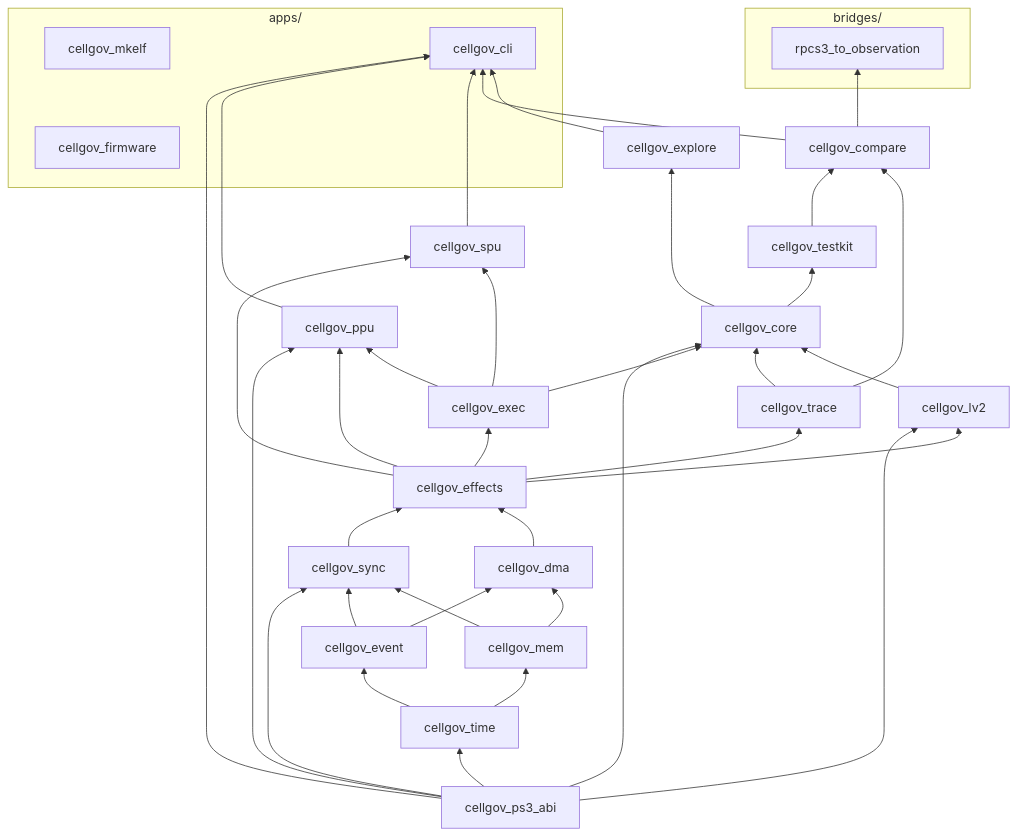
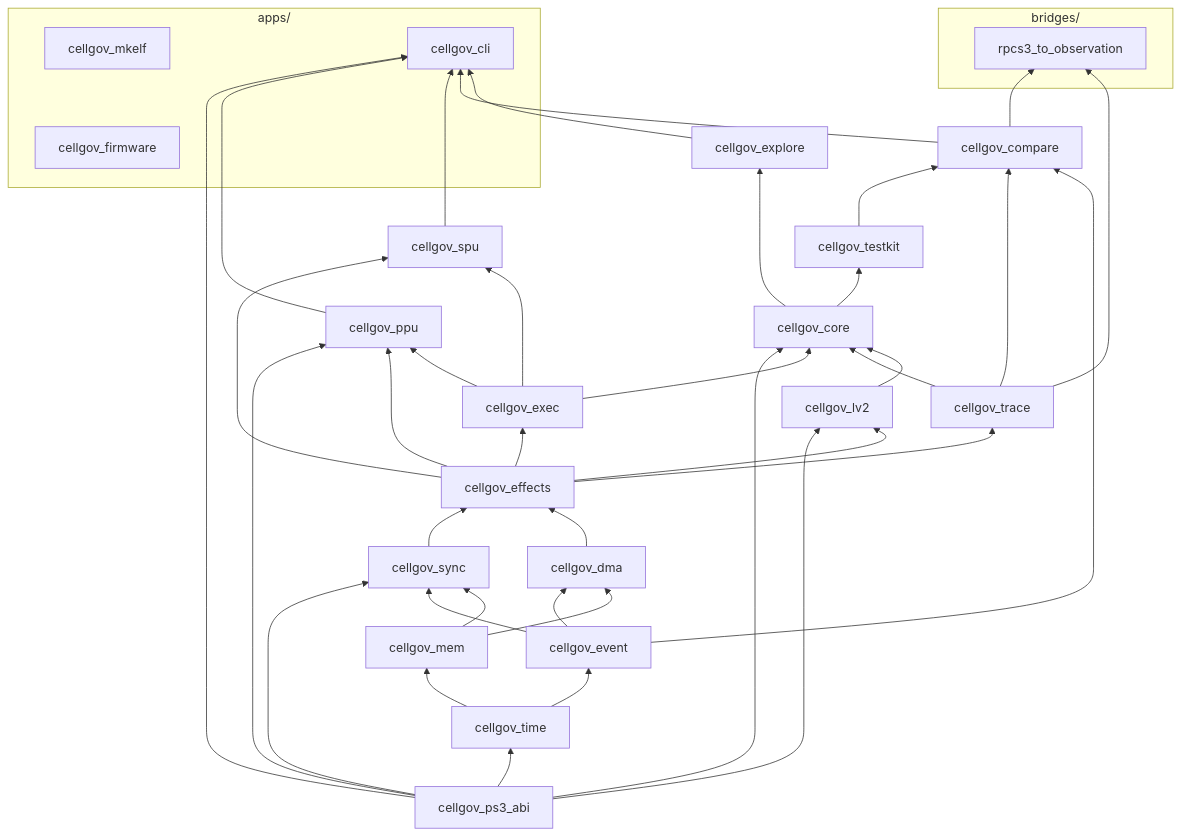
Before and after one commit to RoyalAce22/CellGov: the diagram in docs/architecture.md, drawn with Mermaid. The commit also changed other lines of this file and 46 other files, not shown here.

Commit message:
docs(workspace): rustdoc sweep, architecture audit, readme condensation

````diff
--- a/docs/architecture.md
+++ b/docs/architecture.md
@@ -26,74 +26,76 @@
 ```mermaid
 graph BT
   subgraph apps ["apps/"]
     firmware["cellgov_firmware"]
     mkelf["cellgov_mkelf"]
     cli["cellgov_cli"]
   end
 
   subgraph bridges ["bridges/"]
     rpcs3obs["rpcs3_to_observation"]
   end
 
   ps3_abi[cellgov_ps3_abi]
   time[cellgov_time]
   event[cellgov_event]
   mem[cellgov_mem]
   sync[cellgov_sync]
   dma[cellgov_dma]
   effects[cellgov_effects]
   exec[cellgov_exec]
   trace[cellgov_trace]
   lv2[cellgov_lv2]
   core[cellgov_core]
   ppu[cellgov_ppu]
   spu[cellgov_spu]
   testkit[cellgov_testkit]
   explore[cellgov_explore]
   compare[cellgov_compare]
 
   ps3_abi --> time
   ps3_abi --> sync
   ps3_abi --> lv2
   ps3_abi --> ppu
   ps3_abi --> core
   ps3_abi --> cli
 
   time --> event
   time --> mem
 
   event --> sync
   event --> dma
   mem --> sync
   mem --> dma
 
   sync --> effects
   dma --> effects
 
   effects --> exec
   effects --> trace
   effects --> lv2
   effects --> ppu
   effects --> spu
 
   exec --> core
   exec --> ppu
   exec --> spu
   trace --> core
   lv2 --> core
 
   core --> testkit
   core --> explore
 
   testkit --> compare
   trace --> compare
+  event --> compare
 
   ppu --> cli
   spu --> cli
   compare --> cli
   explore --> cli
   compare --> rpcs3obs
+  trace --> rpcs3obs
 
   ppu ~~~ spu
   firmware ~~~ mkelf
 ```
````
